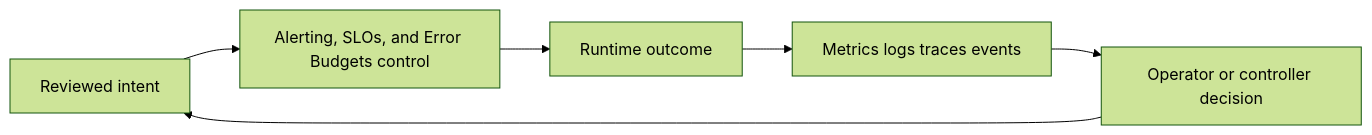
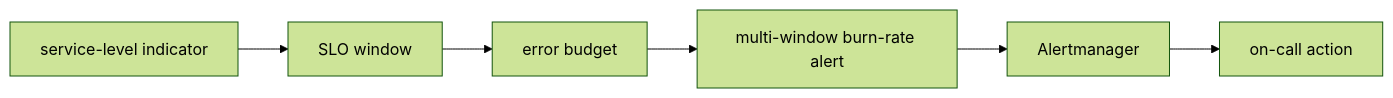
One commit to m1mohamad/devops-sre-prep changed the diagram in docs/study/observability/04-alerting-slos-and-error-budgets.md. Above: the diagram before and after it, drawn with Mermaid (forest theme). The commit also changed other lines of this file and 61 other files, not shown here.

Commit message:
Replace generic architecture and study templates

````diff
--- a/docs/study/observability/04-alerting-slos-and-error-budgets.md
+++ b/docs/study/observability/04-alerting-slos-and-error-budgets.md
@@ -20,8 +15,4 @@
 ```mermaid
 flowchart LR
-  Intent[Reviewed intent] --> Control[Alerting, SLOs, and Error Budgets control]
-  Control --> Runtime[Runtime outcome]
-  Runtime --> Signals[Metrics logs traces events]
-  Signals --> Decision[Operator or controller decision]
-  Decision --> Intent
+  N0[service-level indicator] --> N1[SLO window] --> N2[error budget] --> N3[multi-window burn-rate alert] --> N4[Alertmanager] --> N5[on-call action]
 ```
````
